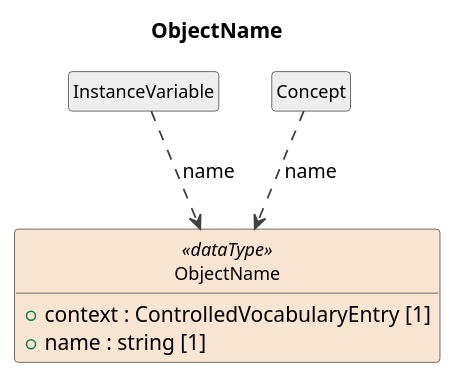
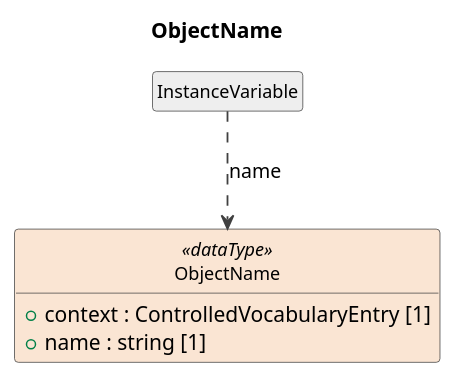
One commit to Cross-Domain-Interoperability-Framework/metadataBuildingBlocks changed the diagram in build/field-level-documentation/CDIFDataDescription/DataTypes/ObjectName.pu. Above: the diagram before and after it, drawn with PlantUML. The commit also changed 411 other files, not shown here.

```diff
--- a/build/field-level-documentation/CDIFDataDescription/DataTypes/ObjectName.pu
+++ b/build/field-level-documentation/CDIFDataDescription/DataTypes/ObjectName.pu
@@ -1,22 +1,20 @@
 @startuml
 title ObjectName
 hide circle
 hide empty members
 skinparam shadowing false
 skinparam ArrowThickness 1.2
 skinparam class {
   ArrowColor #404040
   BorderColor #404040
   FontSize 12
 }
 
 class "ObjectName" as ObjectName <<dataType>> #FAE5D3 {
   +context : ControlledVocabularyEntry [1]
   +name : string [1]
 }
 class "InstanceVariable" as InstanceVariable #EEEEEE
 InstanceVariable ..> ObjectName : name
-class "Concept" as Concept #EEEEEE
-Concept ..> ObjectName : name
 
 @enduml
```
